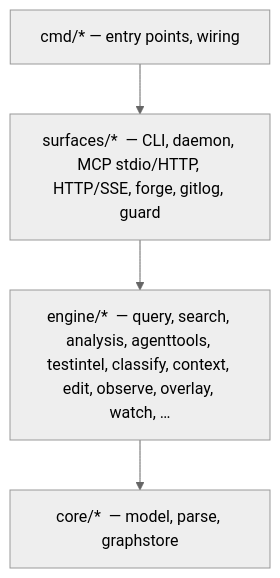
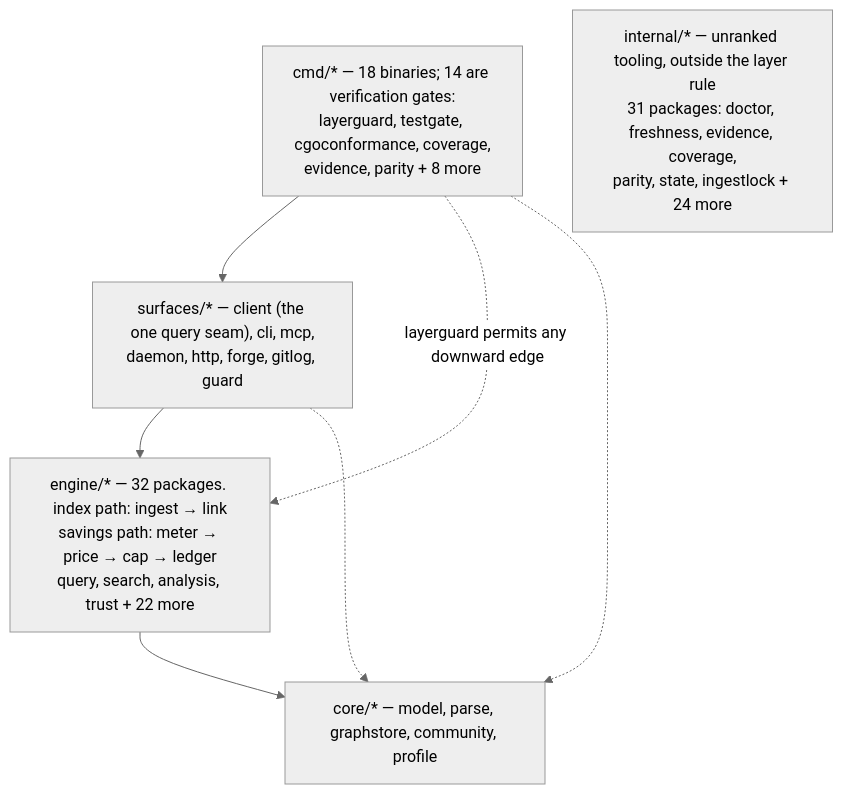
Before and after one commit to samibel/graphi: the seventh of 7 diagrams in readme.md, drawn with Mermaid (neutral theme).

First paragraph of the commit message:
SW-217: refresh the Architecture diagram against today's tree
The mermaid diagram was materially stale on five counts, each re-derived
today rather than copied from the ticket:

````diff
--- a/readme.md
+++ b/readme.md
@@ -397,8 +397,11 @@
 ```mermaid
 flowchart TD
-    CMD["cmd/*  — entry points, wiring"]
-    SURF["surfaces/*  — CLI, daemon, MCP stdio/HTTP, HTTP/SSE, forge, gitlog, guard"]
-    ENG["engine/*  — query, search, analysis, agenttools, testintel, classify, context, edit, observe, overlay, watch, …"]
-    CORE["core/*  — model, parse, graphstore"]
+    CMD["cmd/* — 18 binaries; 14 are verification gates:<br/>layerguard, testgate, cgoconformance, coverage,<br/>evidence, parity + 8 more"]
+    SURF["surfaces/* — client (the one query seam), cli, mcp,<br/>daemon, http, forge, gitlog, guard"]
+    ENG["engine/* — 32 packages. index path: ingest → link<br/>savings path: meter → price → cap → ledger<br/>query, search, analysis, trust + 22 more"]
+    CORE["core/* — model, parse, graphstore, community, profile"]
+    INT["internal/* — unranked tooling, outside the layer rule<br/>31 packages: doctor, freshness, evidence, coverage,<br/>parity, state, ingestlock + 24 more"]
     CMD --> SURF --> ENG --> CORE
+    CMD -. "layerguard permits any downward edge" .-> ENG
+    CMD & SURF -.-> CORE
 ```
````
